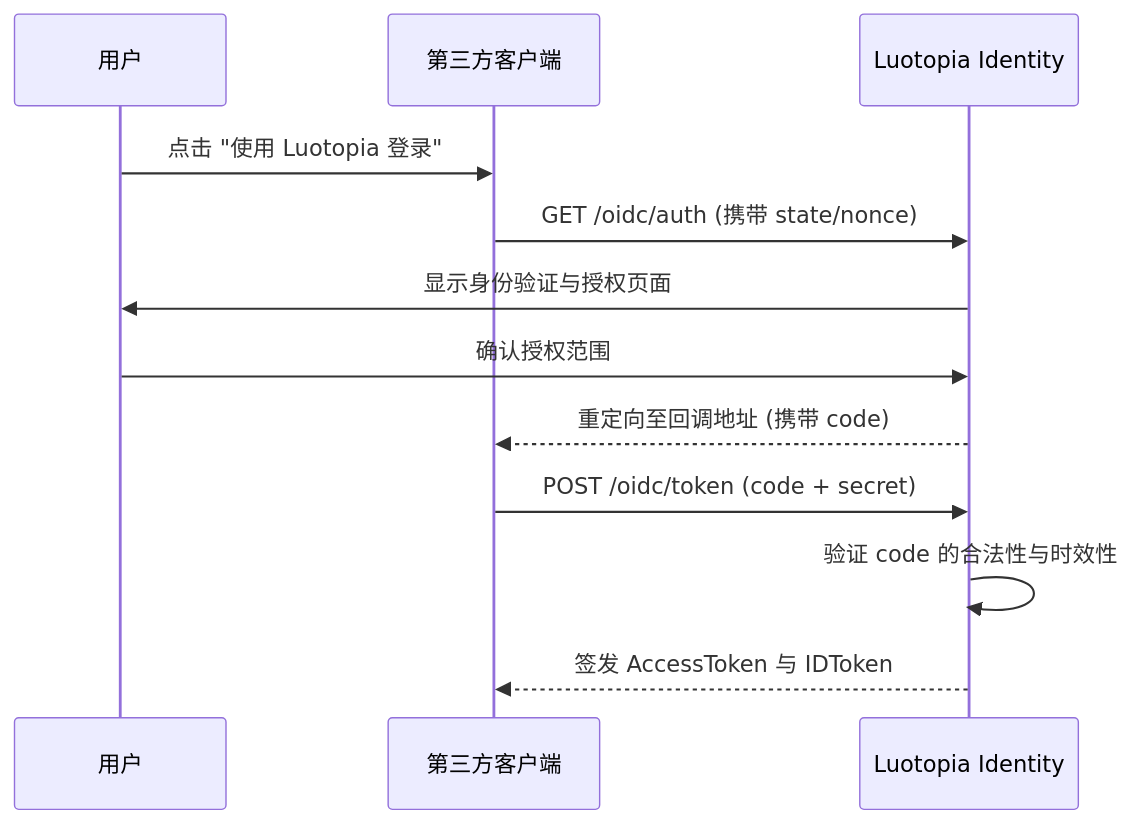
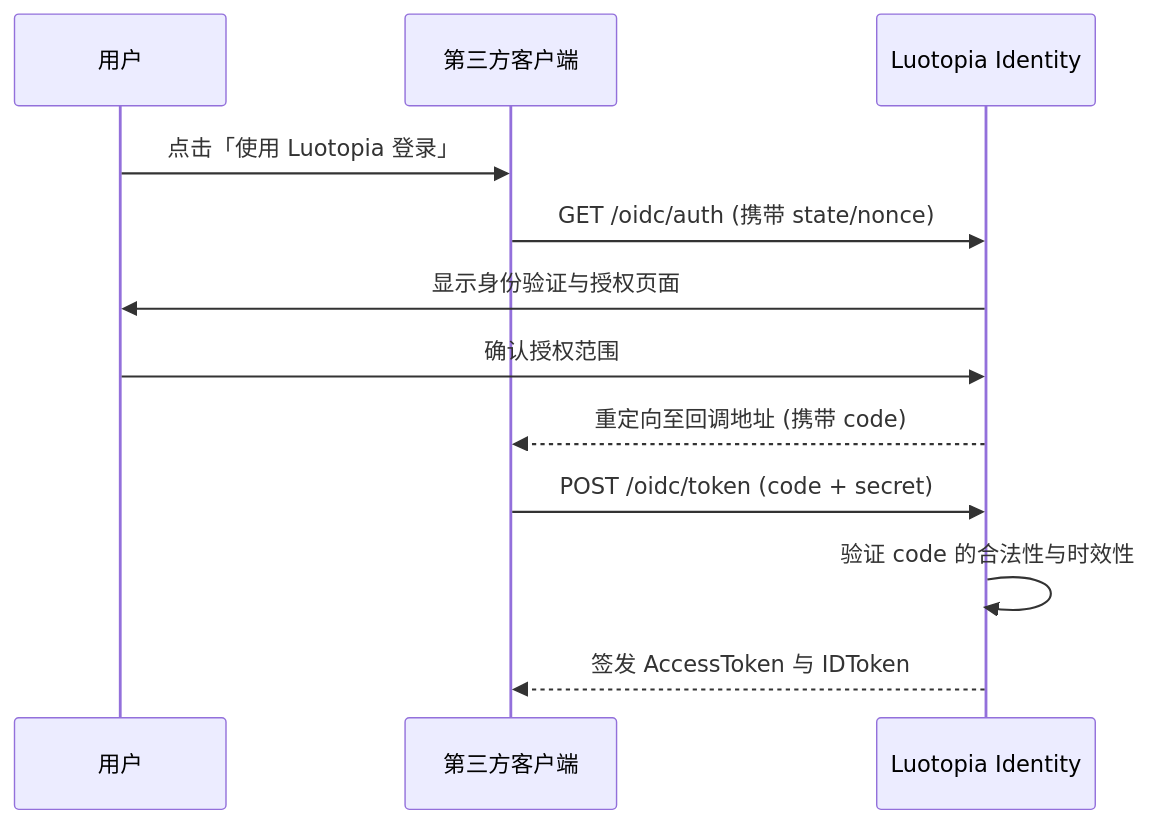
The diagram in server-docs/modules/identity/oidc.md (ClosedWHU/Luotopia-Docs), drawn with Mermaid before and after one commit. The commit also changed other lines of this file and 59 other files, not shown here.

Commit message:
docs(server): redact anti-abuse thresholds and authz internals, align error codes and review-eligibility flow with code, add dining module, unify style

````diff
--- a/server-docs/modules/identity/oidc.md
+++ b/server-docs/modules/identity/oidc.md
@@ -36,15 +39,15 @@
 ```mermaid
 sequenceDiagram
     participant User as 用户
     participant Client as 第三方客户端
     participant Server as Luotopia Identity
-    
-    User->>Client: 点击 "使用 Luotopia 登录"
+
+    User->>Client: 点击「使用 Luotopia 登录」
     Client->>Server: GET /oidc/auth (携带 state/nonce)
     Server->>User: 显示身份验证与授权页面
     User->>Server: 确认授权范围
     Server-->>Client: 重定向至回调地址 (携带 code)
     Client->>Server: POST /oidc/token (code + secret)
     Server->>Server: 验证 code 的合法性与时效性
     Server-->>Client: 签发 AccessToken 与 IDToken
 ```
````
